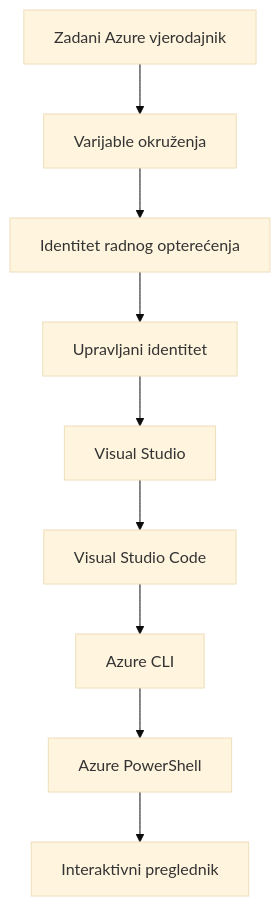
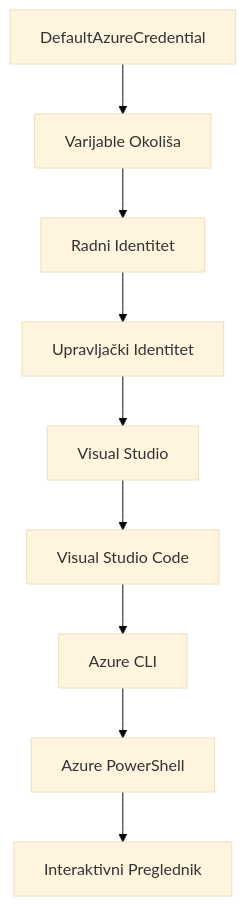
Before and after one commit to microsoft/AZD-for-beginners: the second of 2 diagrams in translations/hr/docs/chapter-01-foundation/azd-basics.md, drawn with Mermaid (base theme). The commit also changed other lines of this file and 101 other files, not shown here.

````diff
--- a/translations/hr/docs/chapter-01-foundation/azd-basics.md
+++ b/translations/hr/docs/chapter-01-foundation/azd-basics.md
@@ -556,11 +591,11 @@
 ```mermaid
 graph TD
-    A[Zadani Azure vjerodajnik] --> B[Varijable okruženja]
-    B --> C[Identitet radnog opterećenja]
-    C --> D[Upravljani identitet]
+    A[DefaultAzureCredential] --> B[Varijable Okoliša]
+    B --> C[Radni Identitet]
+    C --> D[Upravljački Identitet]
     D --> E[Visual Studio]
     E --> F[Visual Studio Code]
     F --> G[Azure CLI]
     G --> H[Azure PowerShell]
-    H --> I[Interaktivni preglednik]
+    H --> I[Interaktivni Preglednik]
 ```
````
